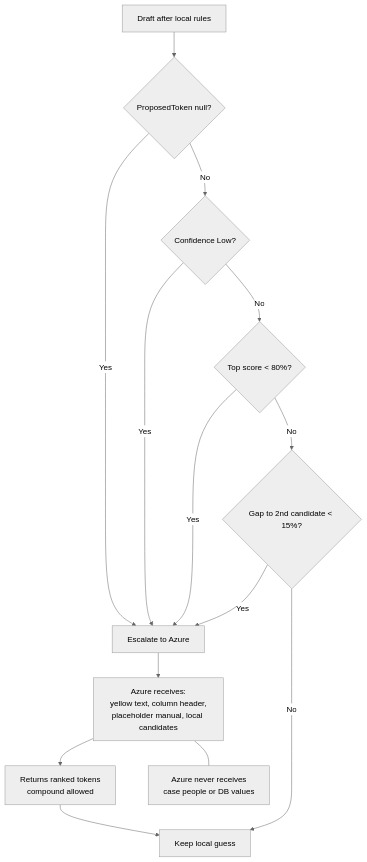
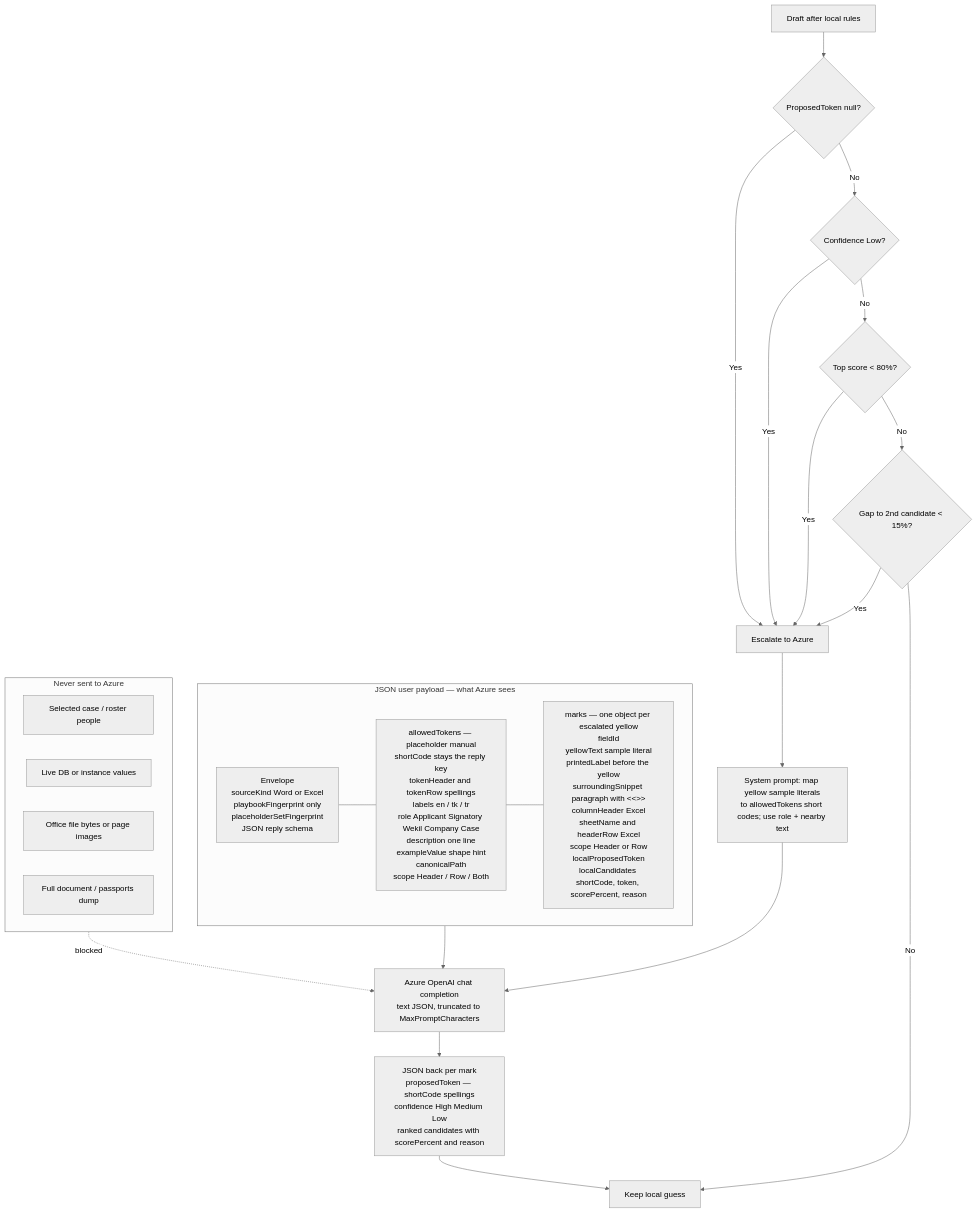
One commit to webapis/Visa2026 changed the diagram in docs/diagrams/template-scan-placeholder-guessing/azure-ambiguous-gate.mmd. Above: the diagram before and after it, drawn with Mermaid (neutral theme). The commit also changed 114 other files, not shown here.

First line of the commit message:
Write şahsy Person tokens as row placeholders so catalog Preview and Approve succeed.

```diff
--- a/docs/diagrams/template-scan-placeholder-guessing/azure-ambiguous-gate.mmd
+++ b/docs/diagrams/template-scan-placeholder-guessing/azure-ambiguous-gate.mmd
@@ -1,17 +1,34 @@
 flowchart TD
     D["Draft after local rules"] --> G1{ProposedToken null?}
     G1 -->|Yes| AI["Escalate to Azure"]
     G1 -->|No| G2{Confidence Low?}
     G2 -->|Yes| AI
     G2 -->|No| G3{"Top score < 80%?"}
     G3 -->|Yes| AI
     G3 -->|No| G4{"Gap to 2nd candidate < 15%?"}
     G4 -->|Yes| AI
     G4 -->|No| OK["Keep local guess"]
 
-    AI --> AZ["Azure receives:<br/>yellow text, column header,<br/>placeholder manual, local candidates"]
-    AZ --> OUT["Returns ranked tokens<br/>compound allowed"]
+    AI --> SYS["System prompt: map yellow sample literals<br/>to allowedTokens short codes; use role + nearby text"]
+
+    subgraph sent ["JSON user payload — what Azure sees"]
+        ENV["Envelope<br/>sourceKind Word or Excel<br/>playbookFingerprint only<br/>placeholderSetFingerprint<br/>JSON reply schema"]
+        LIB["allowedTokens — placeholder manual<br/>shortCode stays the reply key<br/>tokenHeader and tokenRow spellings<br/>labels en / tk / tr<br/>role Applicant Signatory Wekil Company Case<br/>description one line<br/>exampleValue shape hint<br/>canonicalPath<br/>scope Header / Row / Both"]
+        MK["marks — one object per escalated yellow<br/>fieldId<br/>yellowText sample literal<br/>printedLabel before the yellow<br/>surroundingSnippet paragraph with <<<yellow>>><br/>columnHeader Excel<br/>sheetName and headerRow Excel<br/>scope Header or Row<br/>localProposedToken<br/>localCandidates shortCode, token, scorePercent, reason"]
+        ENV --- LIB
+        LIB --- MK
+    end
+
+    subgraph never ["Never sent to Azure"]
+        N1["Selected case / roster people"]
+        N2["Live DB or instance values"]
+        N3["Office file bytes or page images"]
+        N4["Full document / passports dump"]
+    end
+
+    SYS --> CALL["Azure OpenAI chat completion<br/>text JSON, truncated to MaxPromptCharacters"]
+    sent --> CALL
+    never -.->|"blocked"| CALL
+
+    CALL --> OUT["JSON back per mark<br/>proposedToken — shortCode spellings<br/>confidence High Medium Low<br/>ranked candidates with scorePercent and reason"]
     OUT --> OK
-
-    note2["Azure never receives<br/>case people or DB values"]
-    AZ --- note2
```
